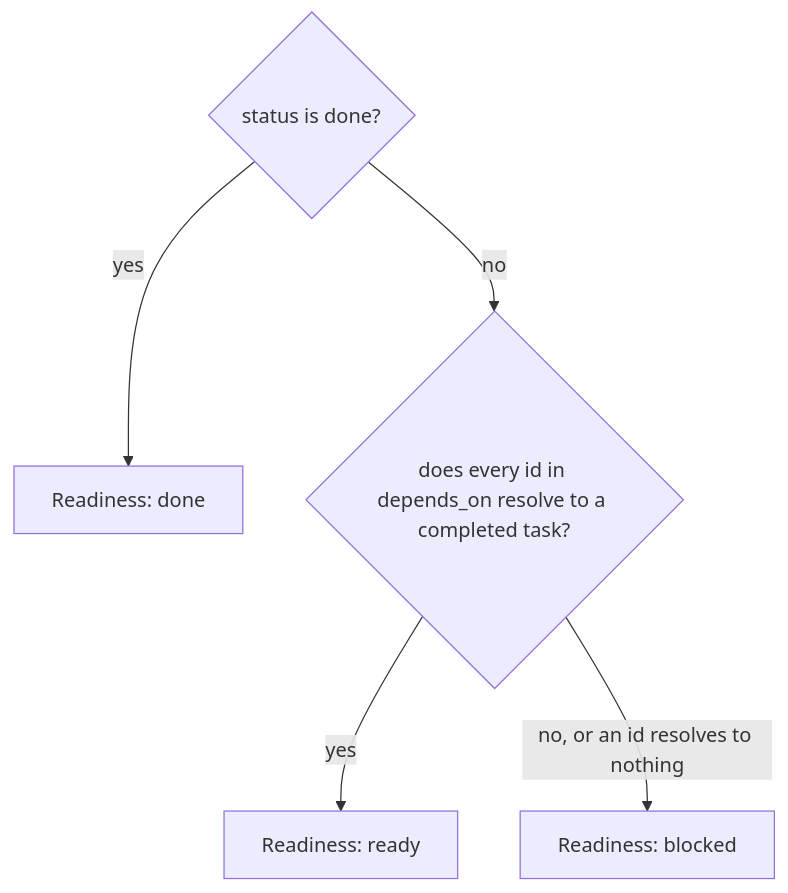
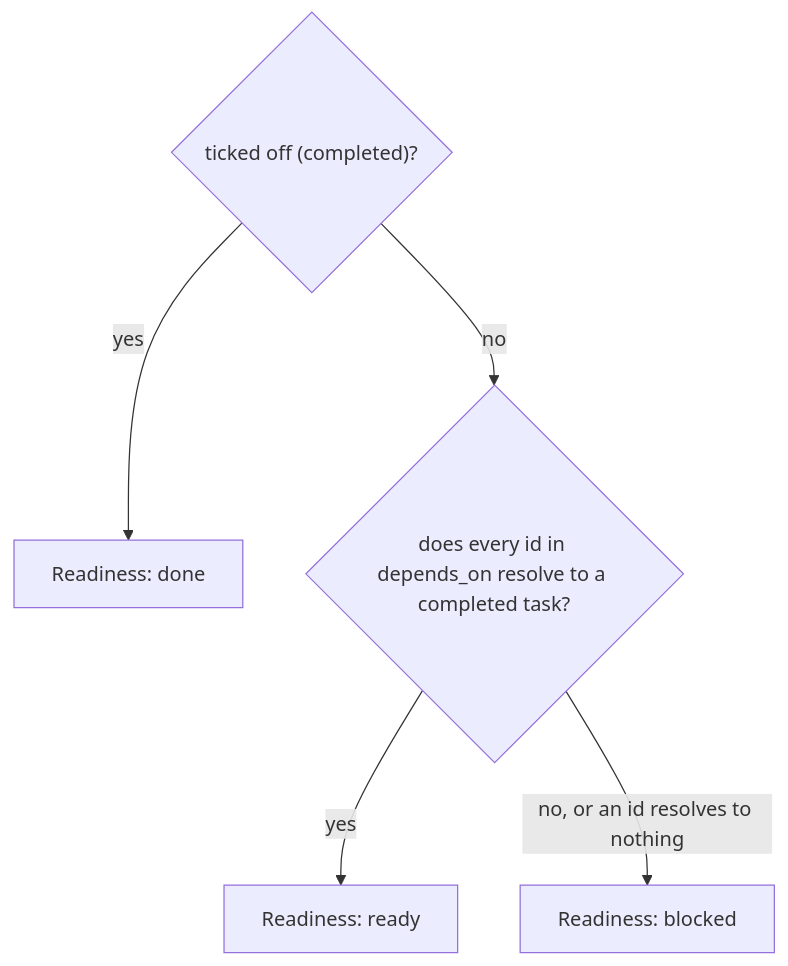
Before and after one commit to JSdotNet/Backlog: the third of 3 diagrams in .devbook/domain/tasks/flow.md, drawn with Mermaid. The commit also changed other lines of this file and 15 other files, not shown here.

````diff
--- a/.devbook/domain/tasks/flow.md
+++ b/.devbook/domain/tasks/flow.md
@@ -81,7 +81,7 @@
 ```mermaid
 flowchart TD
-    A{"status is done?"} -->|yes| D["Readiness: done"]
+    A{"ticked off (completed)?"} -->|yes| D["Readiness: done"]
     A -->|no| B{"does every id in depends_on resolve to a completed task?"}
     B -->|yes| R["Readiness: ready"]
     B -->|"no, or an id resolves to nothing"| K["Readiness: blocked"]
 ```
````
